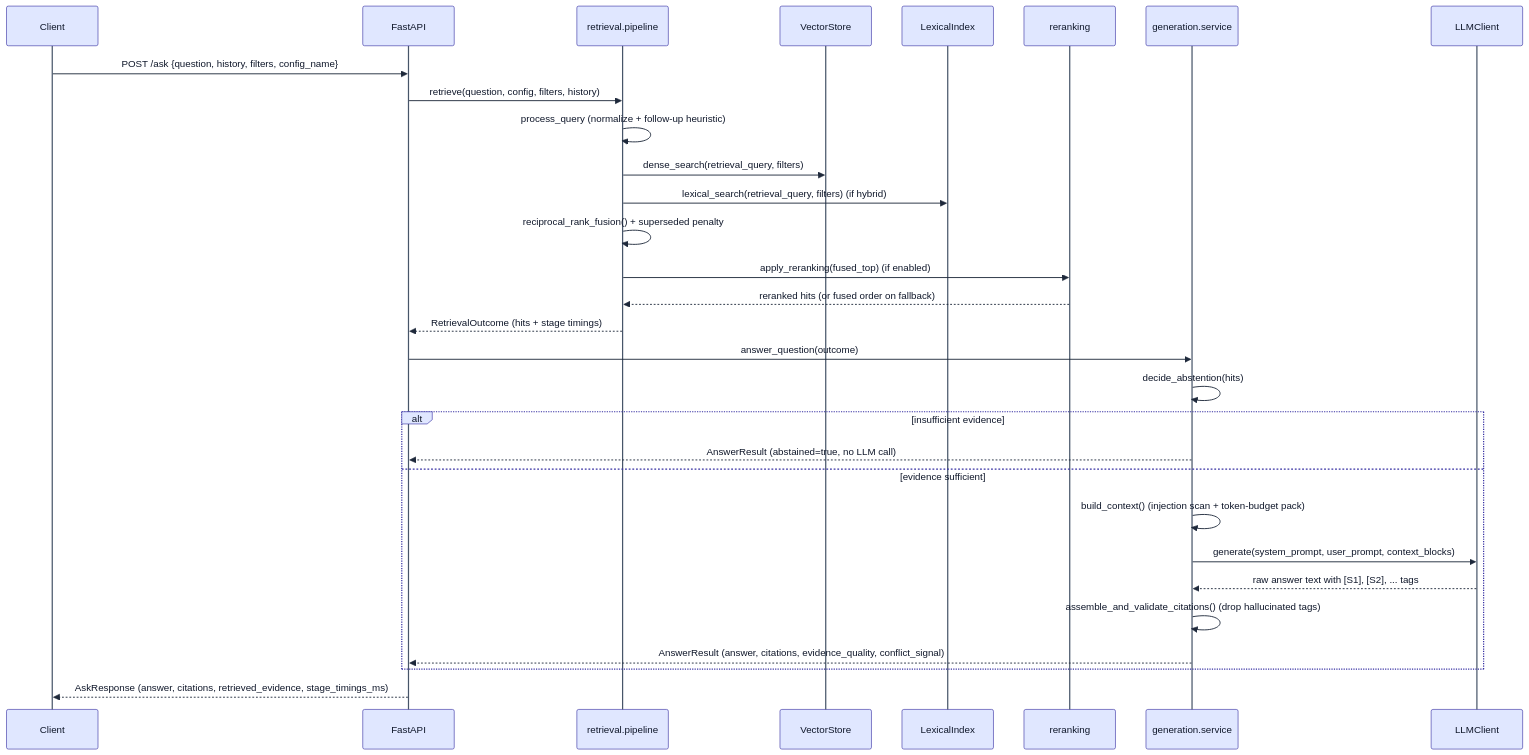
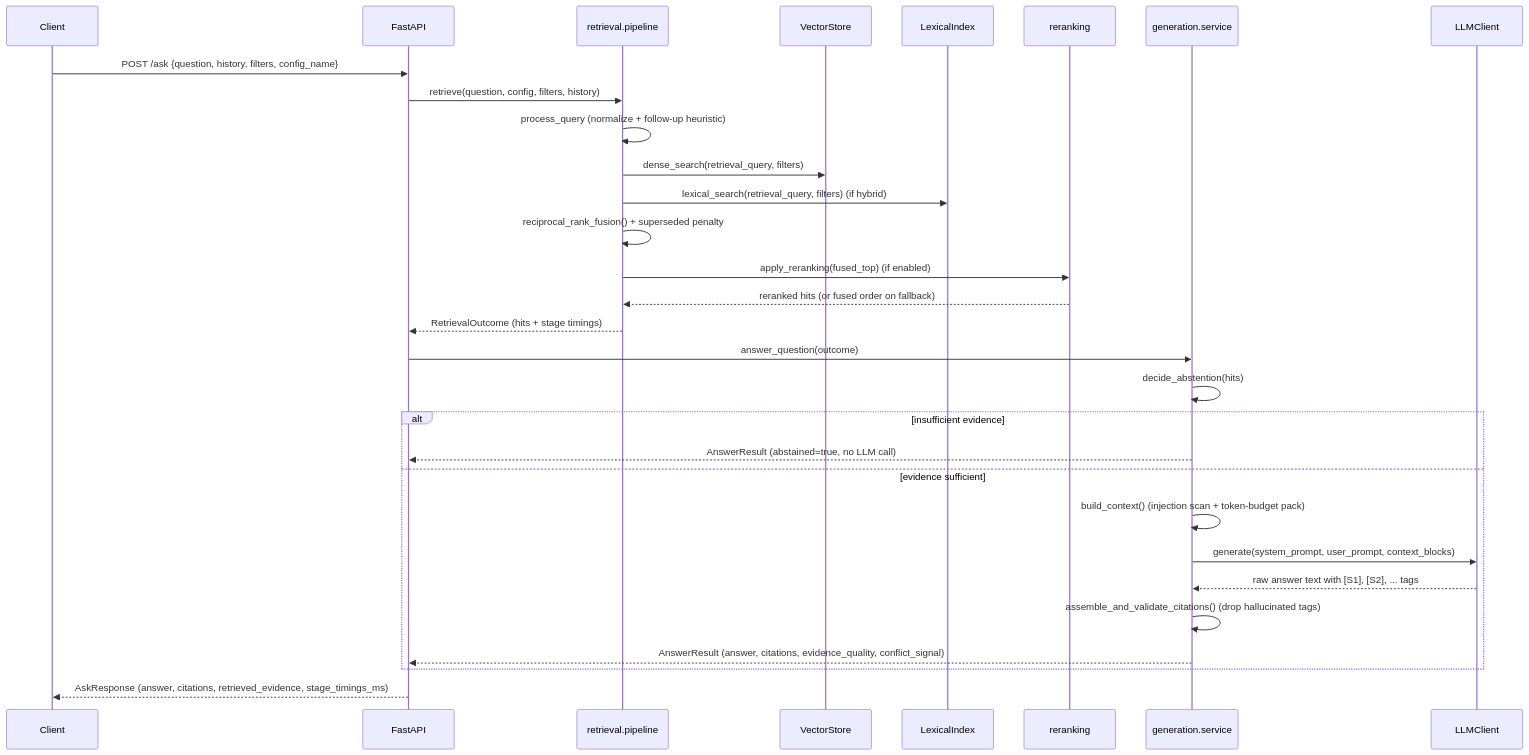
The second of 2 diagrams in ARCHITECTURE.md (TPVinnie/documentation-assistant), drawn with Mermaid before and after one commit. The commit also changed other lines of this file, not shown here.

First line of the commit message:
Fix Mermaid diagrams not rendering on GitHub

````diff
--- a/ARCHITECTURE.md
+++ b/ARCHITECTURE.md
@@ -115,34 +117,33 @@
 ```mermaid
-%%{init: {"theme": "base", "themeVariables": {"fontSize": "17px", "actorBkg": "#e0e7ff", "actorBorder": "#3730a3", "actorTextColor": "#0f172a", "actorLineColor": "#475569", "signalColor": "#1e293b", "signalTextColor": "#0f172a", "labelBoxBkgColor": "#e0e7ff", "labelBoxBorderColor": "#3730a3", "labelTextColor": "#0f172a", "loopTextColor": "#0f172a", "noteBkgColor": "#fef3c7", "noteBorderColor": "#92400e", "noteTextColor": "#0f172a", "activationBkgColor": "#ccfbf1", "activationBorderColor": "#115e59", "sequenceNumberColor": "#0f172a"}}}%%
 sequenceDiagram
     participant Client
     participant API as FastAPI
     participant Retrieval as retrieval.pipeline
     participant Vec as VectorStore
     participant Lex as LexicalIndex
     participant Rerank as reranking
     participant Gen as generation.service
     participant LLM as LLMClient
 
     Client->>API: POST /ask {question, history, filters, config_name}
     API->>Retrieval: retrieve(question, config, filters, history)
     Retrieval->>Retrieval: process_query (normalize + follow-up heuristic)
     Retrieval->>Vec: dense_search(retrieval_query, filters)
     Retrieval->>Lex: lexical_search(retrieval_query, filters)  (if hybrid)
     Retrieval->>Retrieval: reciprocal_rank_fusion() + superseded penalty
     Retrieval->>Rerank: apply_reranking(fused_top)  (if enabled)
     Rerank-->>Retrieval: reranked hits (or fused order on fallback)
     Retrieval-->>API: RetrievalOutcome (hits + stage timings)
     API->>Gen: answer_question(outcome)
     Gen->>Gen: decide_abstention(hits)
     alt insufficient evidence
         Gen-->>API: AnswerResult (abstained=true, no LLM call)
     else evidence sufficient
         Gen->>Gen: build_context() (injection scan + token-budget pack)
         Gen->>LLM: generate(system_prompt, user_prompt, context_blocks)
         LLM-->>Gen: raw answer text with [S1], [S2], ... tags
         Gen->>Gen: assemble_and_validate_citations() (drop hallucinated tags)
         Gen-->>API: AnswerResult (answer, citations, evidence_quality, conflict_signal)
     end
     API-->>Client: AskResponse (answer, citations, retrieved_evidence, stage_timings_ms)
 ```
````
